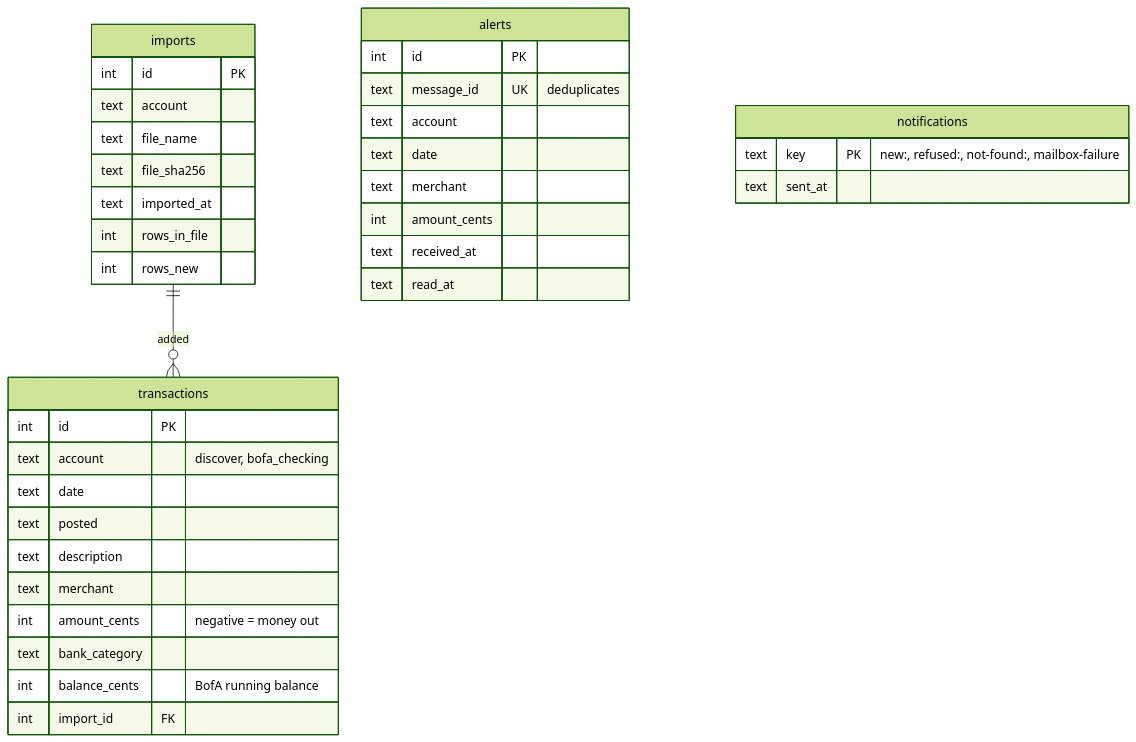
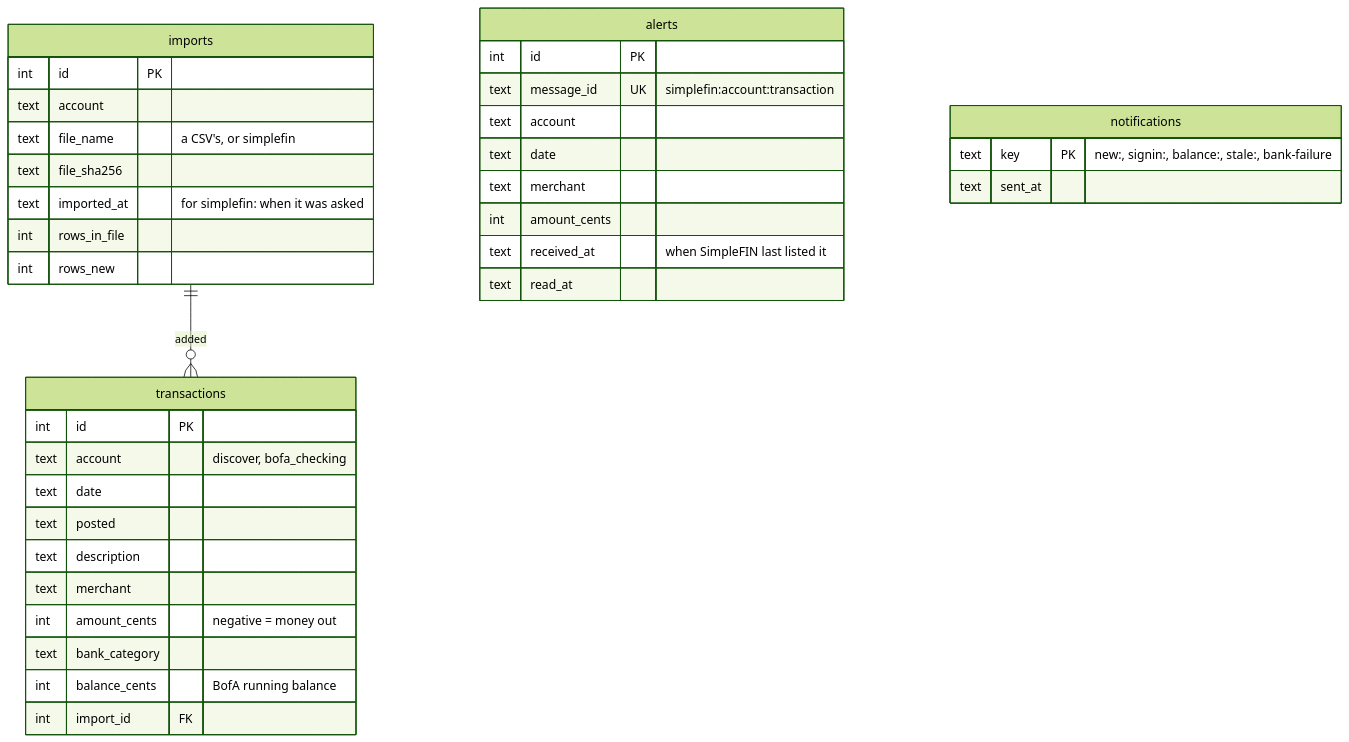
Before and after one commit to vmenon04/tally: the fifth of 6 diagrams in docs/architecture.md, drawn with Mermaid (forest theme). The commit also changed other lines of this file and 42 other files, not shown here.

First line of the commit message:
Take pending purchases from SimpleFIN alone, and sync every two hours

````diff
--- a/docs/architecture.md
+++ b/docs/architecture.md
@@ -237,40 +196,40 @@
 ```mermaid
 erDiagram
     imports ||--o{ transactions : "added"
 
     imports {
         int id PK
         text account
-        text file_name
+        text file_name "a CSV's, or simplefin"
         text file_sha256
-        text imported_at
+        text imported_at "for simplefin: when it was asked"
         int rows_in_file
         int rows_new
     }
     transactions {
         int id PK
         text account "discover, bofa_checking"
         text date
         text posted
         text description
         text merchant
         int amount_cents "negative = money out"
         text bank_category
         int balance_cents "BofA running balance"
         int import_id FK
     }
     alerts {
         int id PK
-        text message_id UK "deduplicates"
+        text message_id UK "simplefin:account:transaction"
         text account
         text date
         text merchant
         int amount_cents
-        text received_at
+        text received_at "when SimpleFIN last listed it"
         text read_at
     }
     notifications {
-        text key PK "new:, refused:, not-found:, mailbox-failure"
+        text key PK "new:, signin:, balance:, stale:, bank-failure"
         text sent_at
     }
 ```
````
